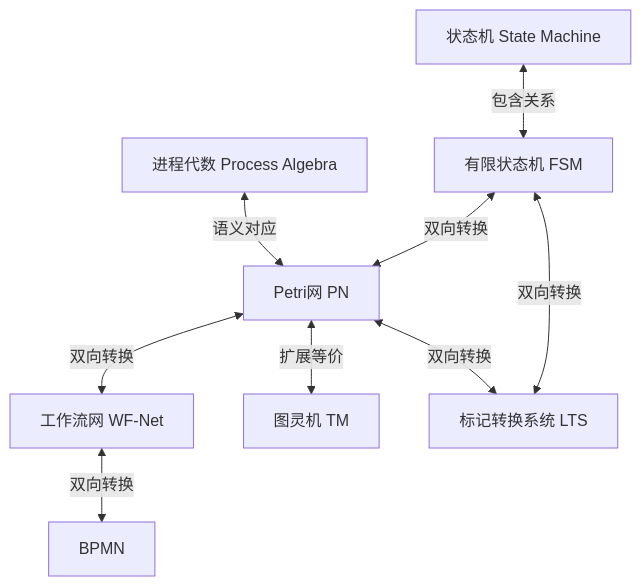
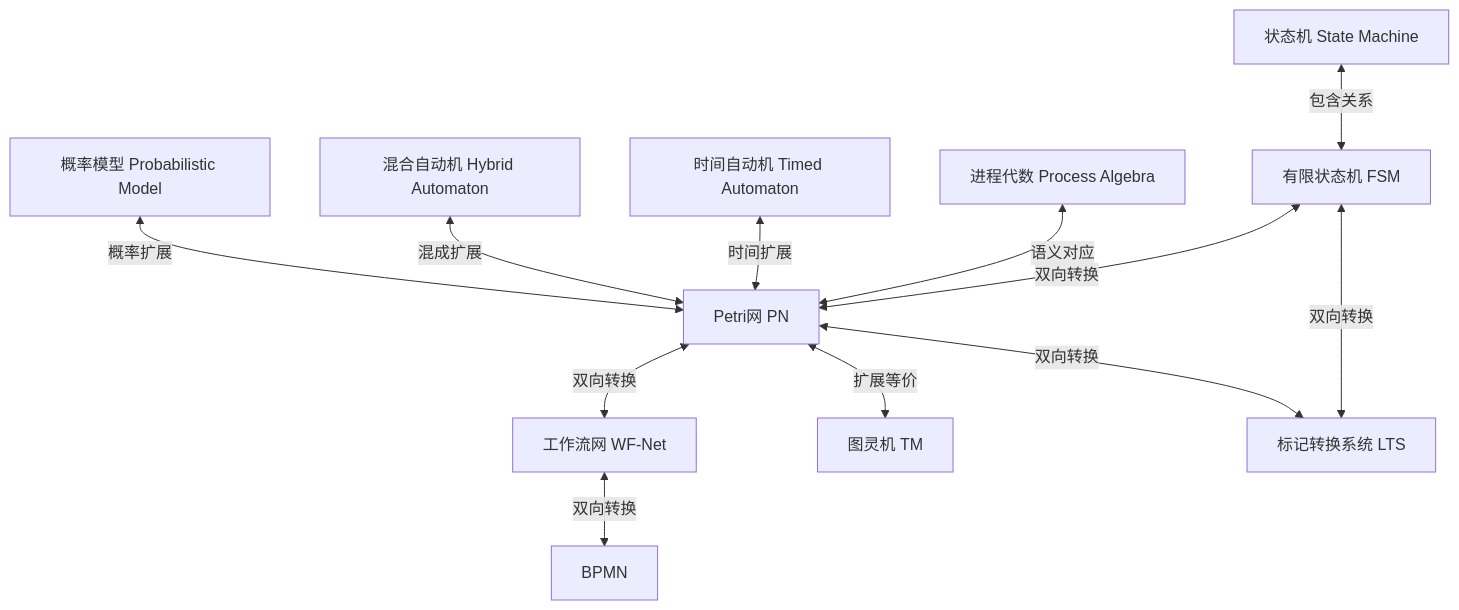
One commit to AdaMartin18010/GraphNetWorkCommunicate changed the first of 3 diagrams in docs/10-Petri网理论/05-高级理论/06-形式化模型等价转换与证明-2025.md. Above: the diagram before and after it, drawn with Mermaid. The commit also changed other lines of this file and 70 other files, not shown here.

````diff
--- a/docs/10-Petri网理论/05-高级理论/06-形式化模型等价转换与证明-2025.md
+++ b/docs/10-Petri网理论/05-高级理论/06-形式化模型等价转换与证明-2025.md
@@ -38,11 +229,14 @@
 ```mermaid
 graph TD
     A[有限状态机 FSM] <-->|双向转换| B[Petri网 PN]
     B <-->|双向转换| C[工作流网 WF-Net]
     C <-->|双向转换| D[BPMN]
     B <-->|扩展等价| E[图灵机 TM]
     A <-->|双向转换| F[标记转换系统 LTS]
     B <-->|双向转换| F
     G[状态机 State Machine] <-->|包含关系| A
     H[进程代数 Process Algebra] <-->|语义对应| B
+    I[时间自动机 Timed Automaton] <-->|时间扩展| B
+    J[混合自动机 Hybrid Automaton] <-->|混成扩展| B
+    K[概率模型 Probabilistic Model] <-->|概率扩展| B
 ```
````
